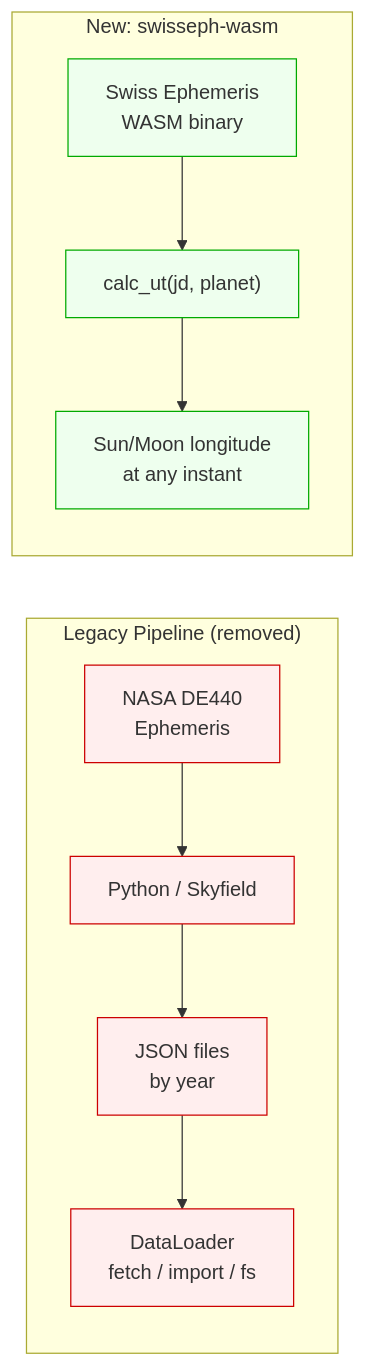
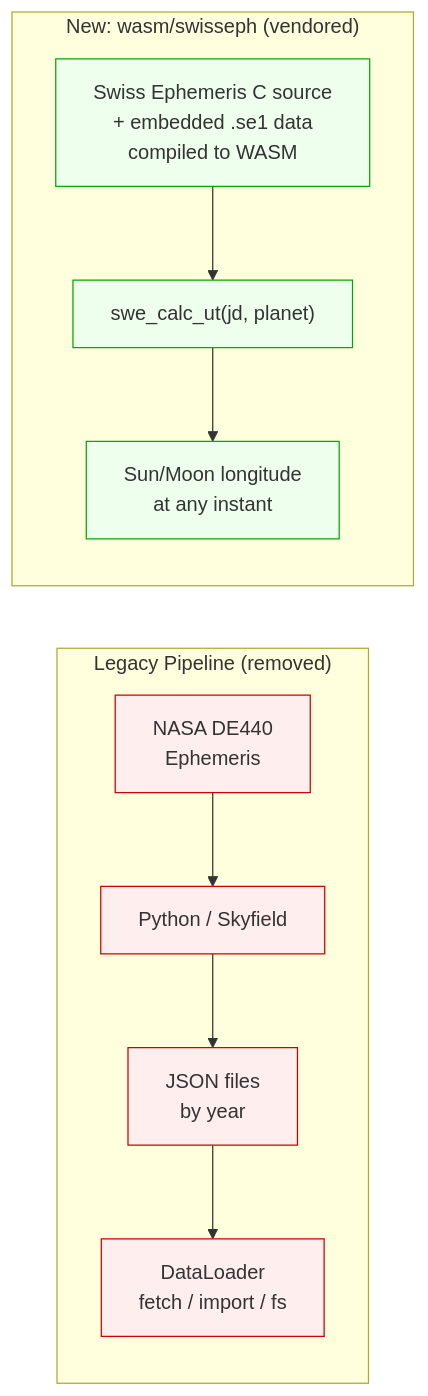
Before and after one commit to huydhoang/lunisolar-calendar: the first of 4 diagrams in @specs/wasm.md, drawn with Mermaid. The commit also changed other lines of this file and 1 other file, not shown here.

First line of the commit message:
docs: update @specs with actual benchmark data and vendored wasm-bindgen approach

````diff
--- a/@specs/wasm.md
+++ b/@specs/wasm.md
@@ -39,21 +43,21 @@
 ```mermaid
 graph LR
     subgraph "Legacy Pipeline (removed)"
         A[NASA DE440<br/>Ephemeris] --> B[Python / Skyfield]
         B --> C[JSON files<br/>by year]
         C --> D[DataLoader<br/>fetch / import / fs]
     end
 
-    subgraph "New: swisseph-wasm"
-        E[Swiss Ephemeris<br/>WASM binary] --> F["calc_ut(jd, planet)"]
+    subgraph "New: wasm/swisseph (vendored)"
+        E[Swiss Ephemeris C source<br/>+ embedded .se1 data<br/>compiled to WASM] --> F["swe_calc_ut(jd, planet)"]
         F --> G[Sun/Moon longitude<br/>at any instant]
     end
 
     style A fill:#fee,stroke:#c00
     style B fill:#fee,stroke:#c00
     style C fill:#fee,stroke:#c00
     style D fill:#fee,stroke:#c00
     style E fill:#efe,stroke:#0a0
     style F fill:#efe,stroke:#0a0
     style G fill:#efe,stroke:#0a0
 ```
````
